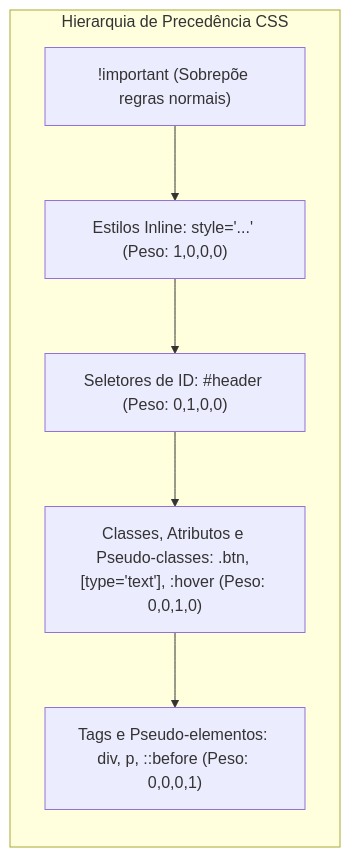
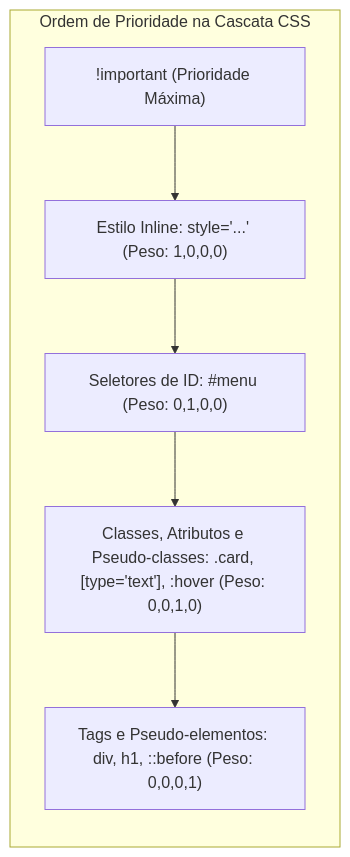
Before and after one commit to thiagosantos346/TCE-GO-2027: the second of 5 diagrams in fontes_de_estudo/conhecimentos_especificos_b02_ti/05_desenvolvimento_de_sistemas/03_desenvolvimento_frontend_html_css_react_typescript.md, drawn with Mermaid. The commit also changed other lines of this file and 119 other files, not shown here.

````diff
--- a/fontes_de_estudo/conhecimentos_especificos_b02_ti/05_desenvolvimento_de_sistemas/03_desenvolvimento_frontend_html_css_react_typescript.md
+++ b/fontes_de_estudo/conhecimentos_especificos_b02_ti/05_desenvolvimento_de_sistemas/03_desenvolvimento_frontend_html_css_react_typescript.md
@@ -103,11 +165,11 @@
 ```mermaid
 flowchart LR
-    subgraph OrdemPrecedencia["Hierarquia de Precedência CSS"]
-        Imp["!important (Sobrepõe regras normais)"]
-        Inline["Estilos Inline: style='...' (Peso: 1,0,0,0)"]
-        IDs["Seletores de ID: #header (Peso: 0,1,0,0)"]
-        Classes["Classes, Atributos e Pseudo-classes: .btn, [type='text'], :hover (Peso: 0,0,1,0)"]
-        Tags["Tags e Pseudo-elementos: div, p, ::before (Peso: 0,0,0,1)"]
+    subgraph Cascata["Ordem de Prioridade na Cascata CSS"]
+        Imp["!important (Prioridade Máxima)"]
+        Inline["Estilo Inline: style='...' (Peso: 1,0,0,0)"]
+        IDs["Seletores de ID: #menu (Peso: 0,1,0,0)"]
+        Classes["Classes, Atributos e Pseudo-classes: .card, [type='text'], :hover (Peso: 0,0,1,0)"]
+        Tags["Tags e Pseudo-elementos: div, h1, ::before (Peso: 0,0,0,1)"]
     end
     Imp --> Inline --> IDs --> Classes --> Tags
 ```
````
